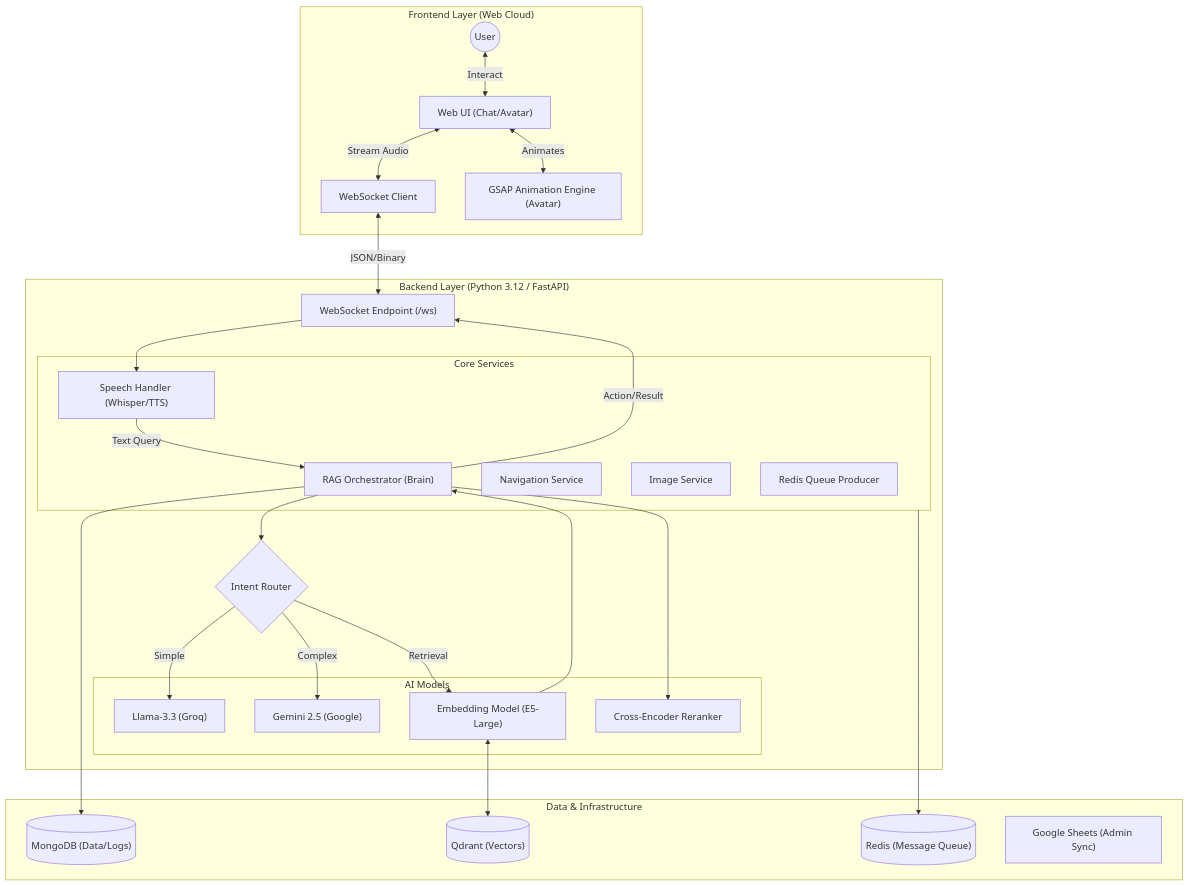
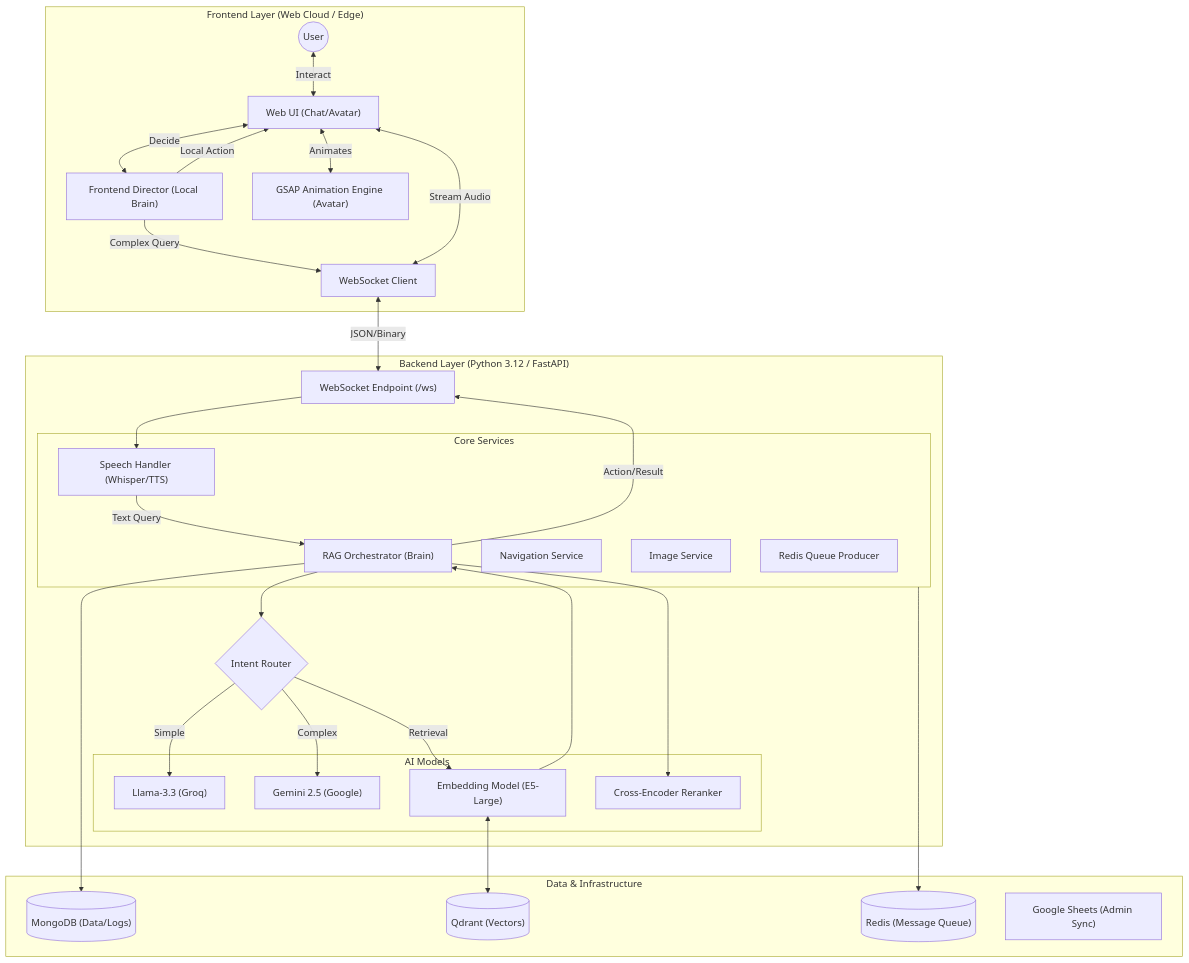
Before and after one commit to Mike0165115321/AI-Robot-Guide-: the first of 2 diagrams in docs/01_สถาปัตยกรรมระบบ/01_สถาปัตยกรรมและโครงสร้างระบบ_ฉบับสมบูรณ์.md, drawn with Mermaid. The commit also changed other lines of this file and 7 other files, not shown here.

````diff
--- a/docs/01_สถาปัตยกรรมระบบ/01_สถาปัตยกรรมและโครงสร้างระบบ_ฉบับสมบูรณ์.md
+++ b/docs/01_สถาปัตยกรรมระบบ/01_สถาปัตยกรรมและโครงสร้างระบบ_ฉบับสมบูรณ์.md
@@ -28,58 +30,62 @@
 ```mermaid
 graph TD
     User(("User"))
     
-    subgraph Frontend ["Frontend Layer (Web Cloud)"]
+    subgraph Frontend ["Frontend Layer (Web Cloud / Edge)"]
         UI["Web UI (Chat/Avatar)"]
+        Director["Frontend Director (Local Brain)"]
         WS_Client["WebSocket Client"]
         GSAP["GSAP Animation Engine (Avatar)"]
         
         User <--> |Interact| UI
+        UI <--> |Decide| Director
+        Director --> |Local Action| UI
+        Director --> |Complex Query| WS_Client
         UI <--> |Animates| GSAP
         UI <--> |Stream Audio| WS_Client
     end
     
     subgraph Backend ["Backend Layer (Python 3.12 / FastAPI)"]
         WS_Server["WebSocket Endpoint (/ws)"]
         Router{"Intent Router"}
         
         subgraph Services ["Core Services"]
             Speech["Speech Handler (Whisper/TTS)"]
             RAG["RAG Orchestrator (Brain)"]
             Nav["Navigation Service"]
             IMG["Image Service"]
             Queue["Redis Queue Producer"]
         end
         
         subgraph AI_Brain ["AI Models"]
             LLJ["Llama-3.3 (Groq)"]
             GEM["Gemini 2.5 (Google)"]
             VDB_Model["Embedding Model (E5-Large)"]
             Rerank["Cross-Encoder Reranker"]
         end
         
         WS_Client <--> |JSON/Binary| WS_Server
         WS_Server --> Speech
         Speech --> |Text Query| RAG
         RAG --> Router
         
         Router --> |Simple| LLJ
         Router --> |Complex| GEM
         Router --> |Retrieval| VDB_Model
         
         VDB_Model --> RAG
         RAG --> Rerank
         RAG --> |Action/Result| WS_Server
     end
     
     subgraph Data ["Data & Infrastructure"]
         Mongo[("MongoDB (Data/Logs)")]
         Qdrant[("Qdrant (Vectors)")]
         Redis[("Redis (Message Queue)")]
         Sheets["Google Sheets (Admin Sync)"]
         
         RAG --> Mongo
         VDB_Model <--> Qdrant
         Services --> Redis
     end
 ```
````
